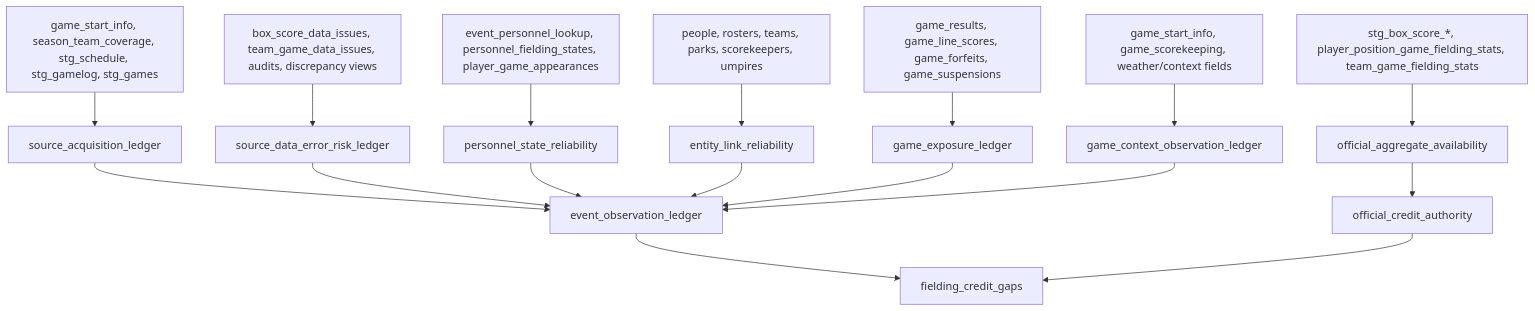
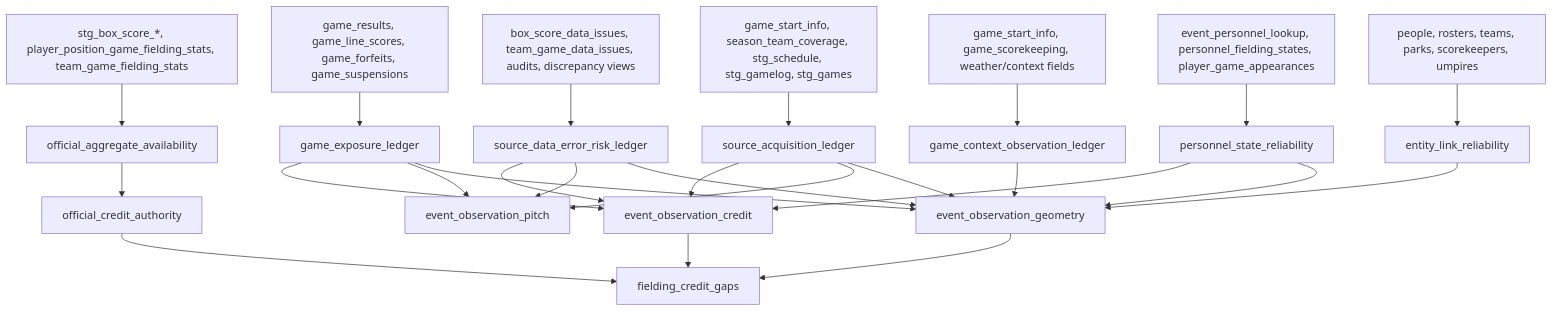
Before and after one commit to droher/baseball.computer: the diagram in notes/data-coverage-implementation/01-prep-ledgers.md, drawn with Mermaid. The commit also changed other lines of this file and 11 other files, not shown here.

````diff
--- a/notes/data-coverage-implementation/01-prep-ledgers.md
+++ b/notes/data-coverage-implementation/01-prep-ledgers.md
@@ -29,19 +31,27 @@
 ```mermaid
 flowchart TD
   A["game_start_info, season_team_coverage, stg_schedule, stg_gamelog, stg_games"] --> B["source_acquisition_ledger"]
   C["box_score_data_issues, team_game_data_issues, audits, discrepancy views"] --> D["source_data_error_risk_ledger"]
   E["stg_box_score_*, player_position_game_fielding_stats, team_game_fielding_stats"] --> F["official_aggregate_availability"]
   G["event_personnel_lookup, personnel_fielding_states, player_game_appearances"] --> H["personnel_state_reliability"]
   I["people, rosters, teams, parks, scorekeepers, umpires"] --> J["entity_link_reliability"]
   K["game_results, game_line_scores, game_forfeits, game_suspensions"] --> L["game_exposure_ledger"]
   M["game_start_info, game_scorekeeping, weather/context fields"] --> N["game_context_observation_ledger"]
-  B --> O["event_observation_ledger"]
-  D --> O
+  B --> O1["event_observation_geometry"]
+  B --> O2["event_observation_pitch"]
+  B --> O3["event_observation_credit"]
+  D --> O1
+  D --> O2
+  D --> O3
   F --> P["official_credit_authority"]
-  H --> O
-  J --> O
-  L --> O
-  N --> O
-  O --> Q["fielding_credit_gaps"]
+  H --> O1
+  H --> O3
+  J --> O1
+  L --> O1
+  L --> O2
+  L --> O3
+  N --> O1
+  O1 --> Q["fielding_credit_gaps"]
+  O3 --> Q
   P --> Q
 ```
````
